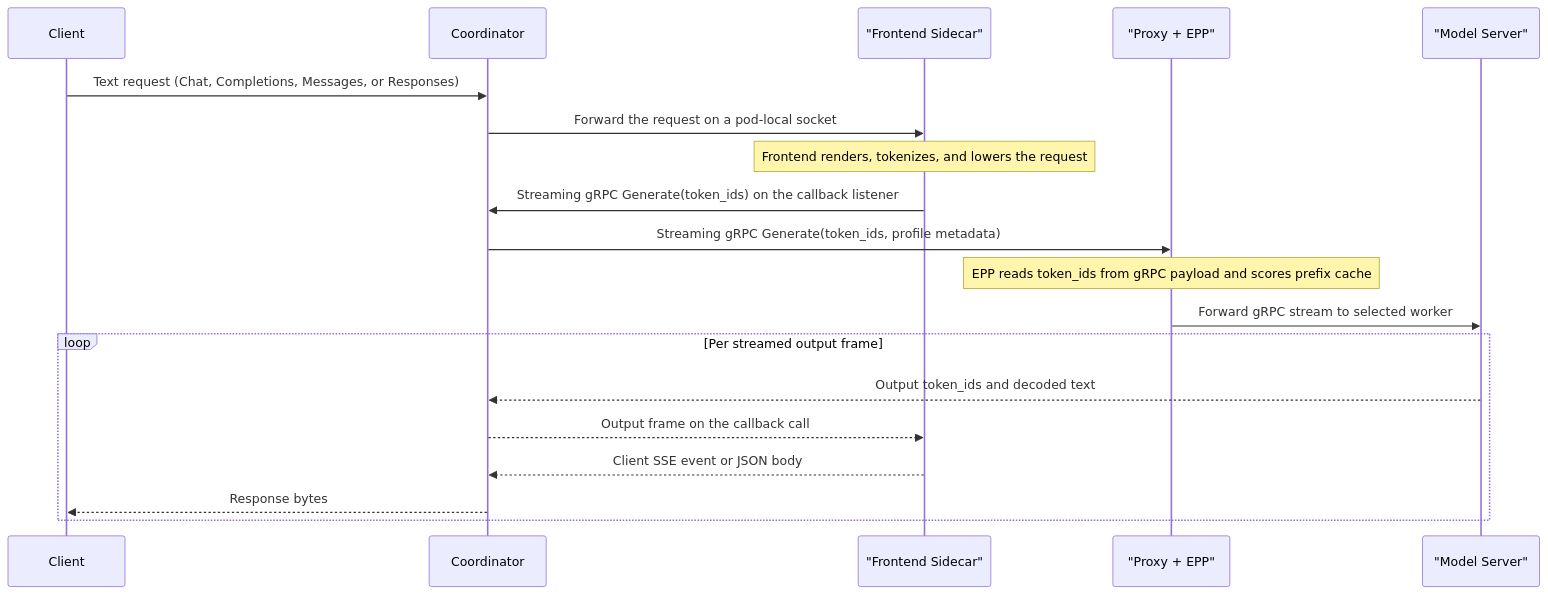
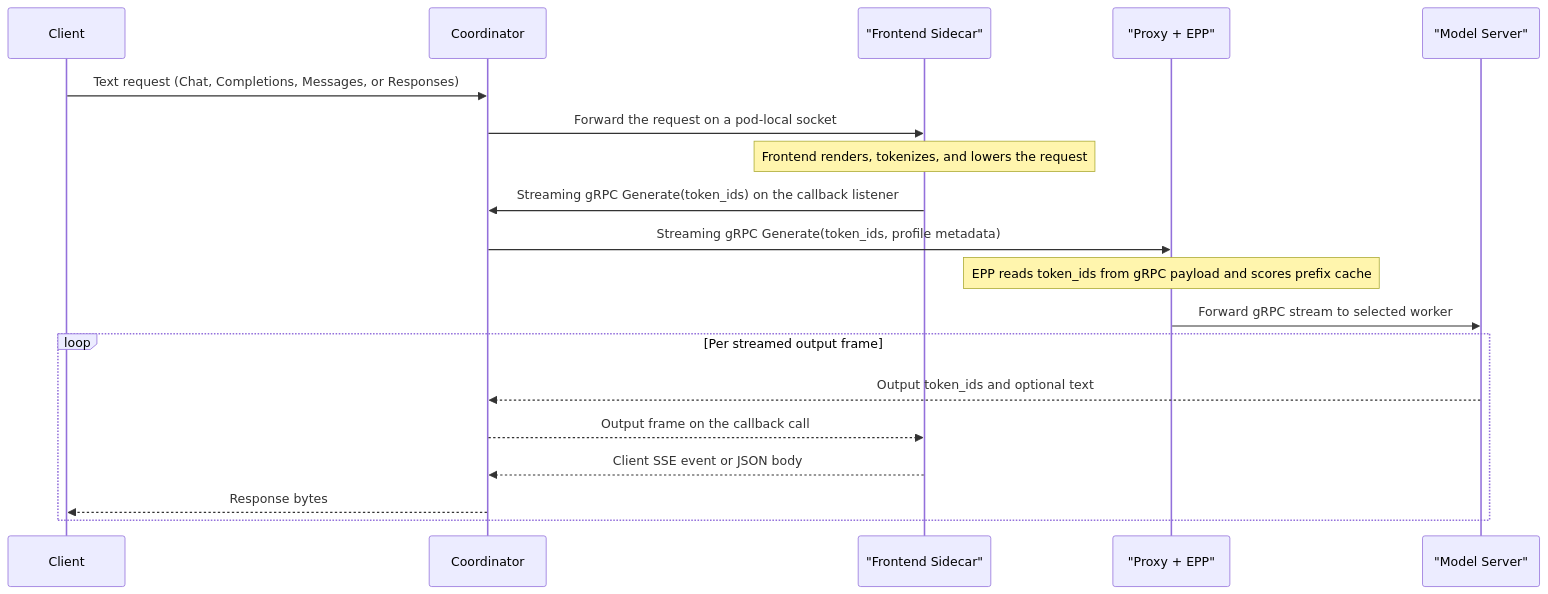
Before and after one commit to llm-d/llm-d-router: the second of 2 diagrams in docs/tokenize-once-at-ingress.md, drawn with Mermaid. The commit also changed other lines of this file, not shown here.

````diff
--- a/docs/tokenize-once-at-ingress.md
+++ b/docs/tokenize-once-at-ingress.md
@@ -252,22 +252,22 @@
 ```mermaid
 sequenceDiagram
     participant C as Client
     participant Co as Coordinator
     participant F as "Frontend Sidecar"
     participant G as "Proxy + EPP"
     participant S as "Model Server"
 
     C->>Co: Text request (Chat, Completions, Messages, or Responses)
     Co->>F: Forward the request on a pod-local socket
     Note over F: Frontend renders, tokenizes, and lowers the request
     F->>Co: Streaming gRPC Generate(token_ids) on the callback listener
     Co->>G: Streaming gRPC Generate(token_ids, profile metadata)
     Note over G: EPP reads token_ids from gRPC payload and scores prefix cache
     G->>S: Forward gRPC stream to selected worker
     loop Per streamed output frame
-        S-->>Co: Output token_ids and decoded text
+        S-->>Co: Output token_ids and optional text
         Co-->>F: Output frame on the callback call
         F-->>Co: Client SSE event or JSON body
         Co-->>C: Response bytes
     end
 ```
````
